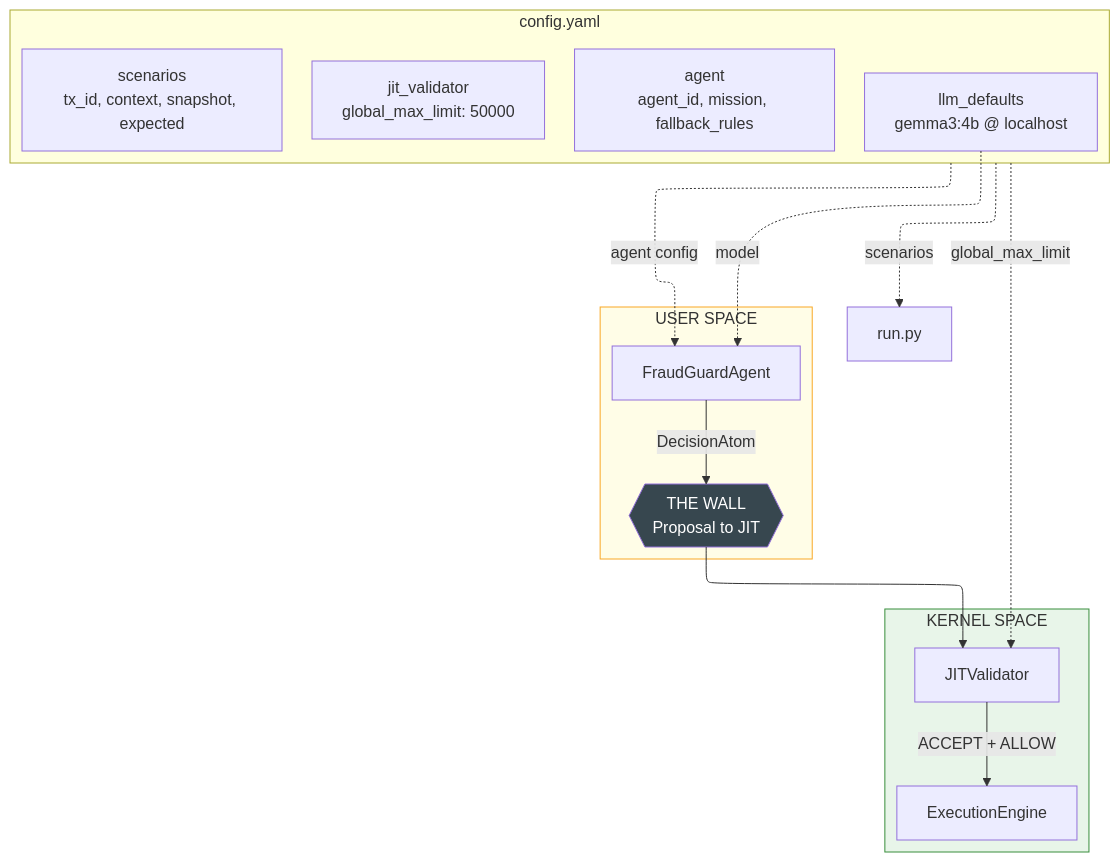
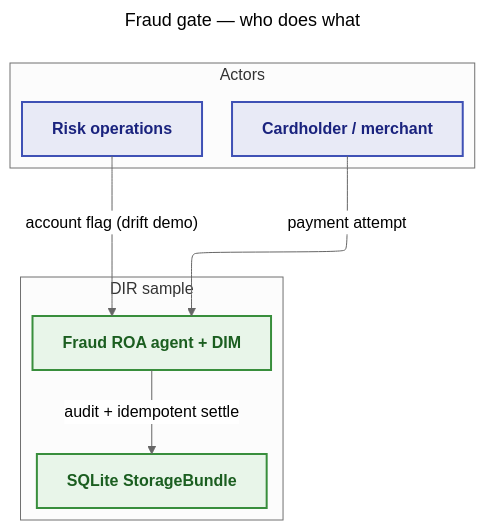
Before and after one commit to huka81/decision-intelligence-runtime: the first of 3 diagrams in samples/32_fraud_gate/README.md, drawn with Mermaid. The commit also changed other lines of this file and 19 other files, not shown here.

````diff
--- a/samples/32_fraud_gate/README.md
+++ b/samples/32_fraud_gate/README.md
@@ -17,37 +24,28 @@
 ```mermaid
 ---
+title: Fraud gate — who does what
 config:
   layout: elk
+  theme: neutral
+  look: classic
 ---
 flowchart TB
-    subgraph CFG["config.yaml"]
-        LLM["`llm_defaults<br/>gemma3:4b @ localhost`"]
-        AGENT["`agent<br/>agent_id, mission, fallback_rules`"]
-        JIT["`jit_validator<br/>global_max_limit: 50000`"]
-        SCEN["`scenarios<br/>tx_id, context, snapshot, expected`"]
+    subgraph Actors["Actors"]
+        Customer["Cardholder / merchant"]
+        RiskOps["Risk operations"]
     end
 
-    subgraph US["USER SPACE"]
-        FRAUD["FraudGuardAgent"]
-        FRAUD -->|DecisionAtom| WALL
+    subgraph System["DIR sample"]
+        Gate["Fraud ROA agent + DIM"]
+        Store["SQLite StorageBundle"]
     end
 
-    WALL{{"`THE WALL<br/>Proposal to JIT`"}}
+    Customer -->|"payment attempt"| Gate
+    RiskOps -->|"account flag (drift demo)"| Gate
+    Gate -->|"audit + idempotent settle"| Store
 
-    subgraph KS["KERNEL SPACE"]
-        JITV["JITValidator"]
-        EXEC["ExecutionEngine"]
-        JITV -->|ACCEPT + ALLOW| EXEC
-    end
-
-    LLM -.->|model| FRAUD
-    CFG -.->|agent config| FRAUD
-    CFG -.->|global_max_limit| JITV
-    CFG -.->|scenarios| RUN["run.py"]
-
-    WALL --> JITV
-
-    style US fill:#fffde7,stroke:#f9a825,color:#333
-    style KS fill:#e8f5e9,stroke:#388e3c,color:#333
-    style WALL fill:#37474f,color:#fff
+    classDef userSpace fill:#E8EAF6,stroke:#3F51B5,stroke-width:2px,color:#1A237E,font-weight:bold;
+    classDef kernelSpace fill:#E8F5E9,stroke:#388E3C,stroke-width:2px,color:#1B5E20,font-weight:bold;
+    class Customer,RiskOps userSpace;
+    class Gate,Store kernelSpace;
 ```
````
